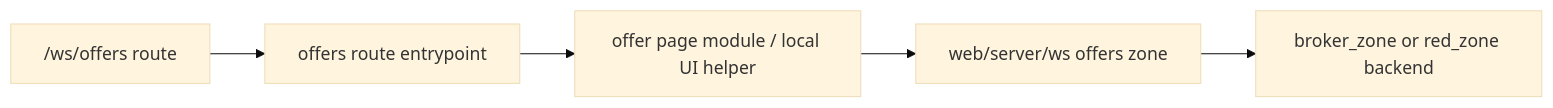
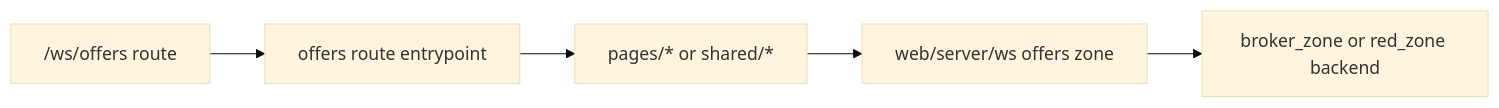
One commit to Up-to-code/anan-ai changed the diagram in apps/web/app/(ws)/ws/(zones)/offers/README.md. Above: the diagram before and after it, drawn with Mermaid (base theme). The commit also changed other lines of this file and 223 other files, not shown here.

Commit message:
Normalize workspace zone architecture

````diff
--- a/apps/web/app/(ws)/ws/(zones)/offers/README.md
+++ b/apps/web/app/(ws)/ws/(zones)/offers/README.md
@@ -17,7 +20,7 @@
 ```mermaid
 flowchart LR
   A["/ws/offers route"] --> B["offers route entrypoint"]
-  B --> C["offer page module / local UI helper"]
+  B --> C["pages/* or shared/*"]
   C --> D["web/server/ws offers zone"]
   D --> E["broker_zone or red_zone backend"]
 ```
````
